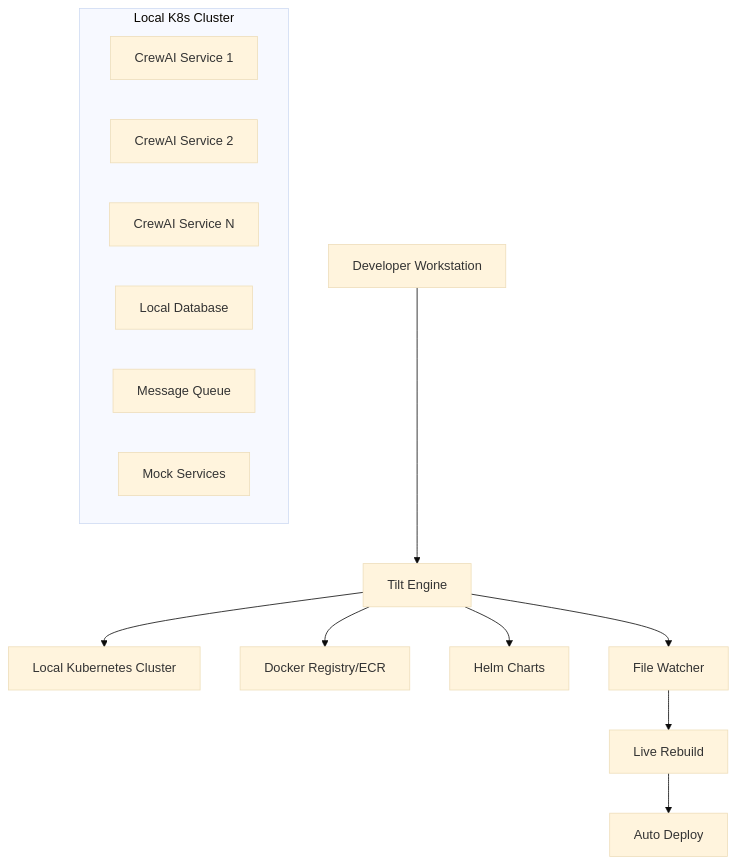
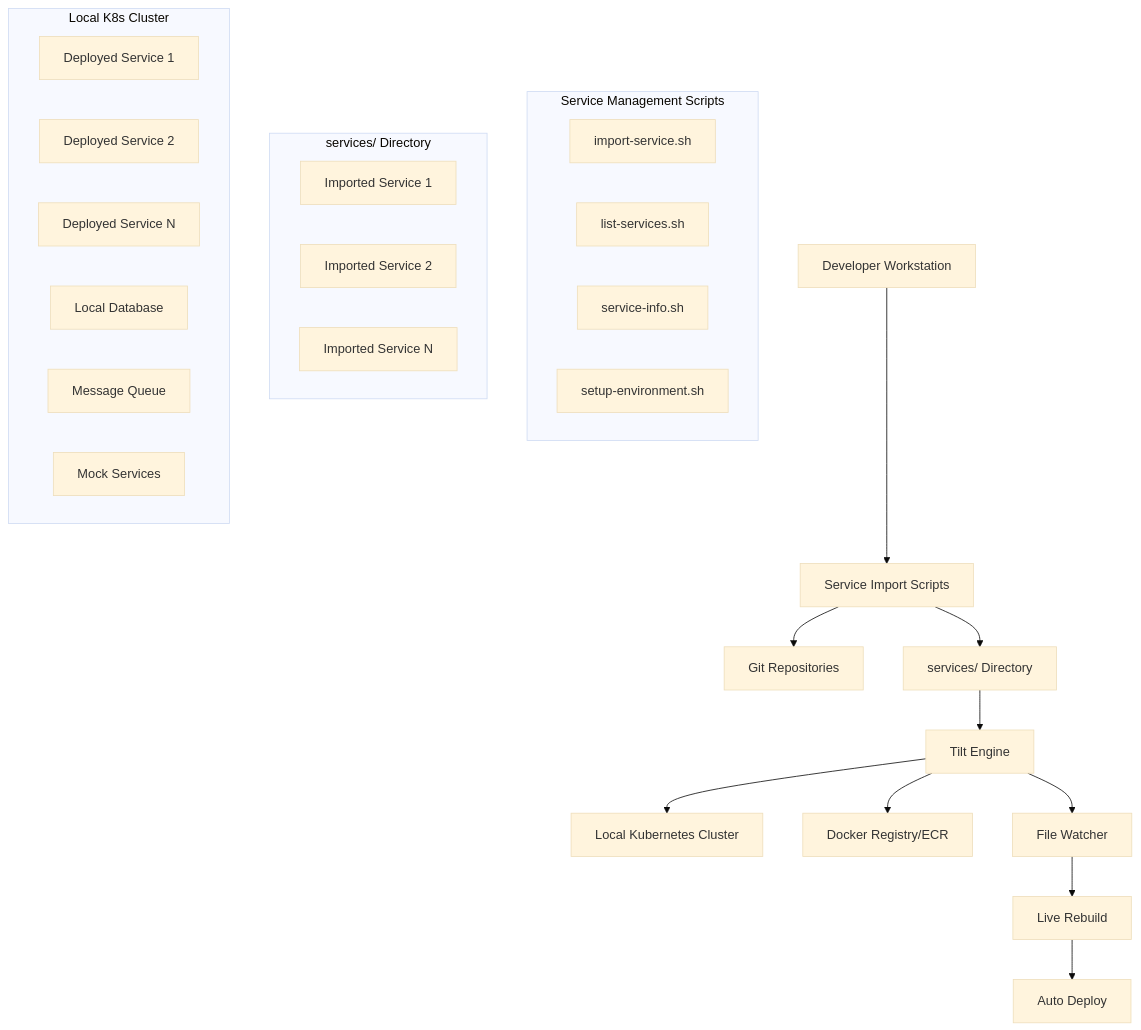
The diagram in .kiro/specs/dev-environment/design.md (tobond/x-team-tools), drawn with Mermaid (base theme) before and after one commit. The commit also changed other lines of this file and 28 other files, not shown here.

````diff
--- a/.kiro/specs/dev-environment/design.md
+++ b/.kiro/specs/dev-environment/design.md
@@ -11,20 +11,36 @@
 ```mermaid
 graph TB
-    Dev[Developer Workstation] --> Tilt[Tilt Engine]
+    Dev[Developer Workstation] --> ImportScripts[Service Import Scripts]
+    ImportScripts --> ServiceRepo[Git Repositories]
+    ImportScripts --> LocalServices[services/ Directory]
+    
+    LocalServices --> Tilt[Tilt Engine]
     Tilt --> K8s[Local Kubernetes Cluster]
     Tilt --> Docker[Docker Registry/ECR]
-    Tilt --> Helm[Helm Charts]
+    
+    subgraph "Service Management Scripts"
+        Import[import-service.sh]
+        List[list-services.sh]
+        Info[service-info.sh]
+        Setup[setup-environment.sh]
+    end
+    
+    subgraph "services/ Directory"
+        SVC1[Imported Service 1]
+        SVC2[Imported Service 2]
+        SVCN[Imported Service N]
+    end
     
     subgraph "Local K8s Cluster"
-        SVC1[CrewAI Service 1]
-        SVC2[CrewAI Service 2]
-        SVCN[CrewAI Service N]
+        DEPLOY1[Deployed Service 1]
+        DEPLOY2[Deployed Service 2]
+        DEPLOYN[Deployed Service N]
         DB[Local Database]
         QUEUE[Message Queue]
         MOCK[Mock Services]
     end
     
     Tilt --> FileWatch[File Watcher]
     FileWatch --> Build[Live Rebuild]
     Build --> Deploy[Auto Deploy]
 ```
````
